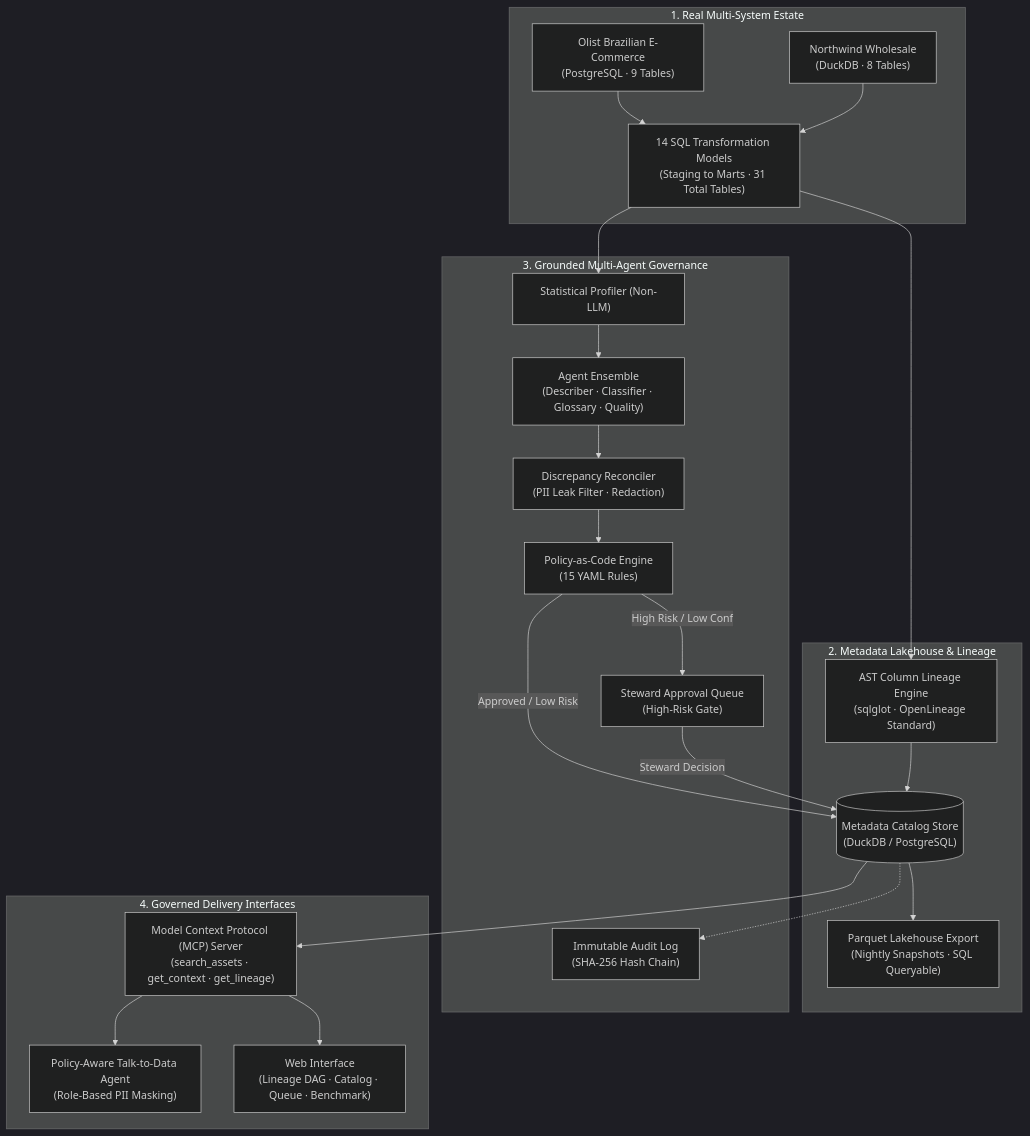
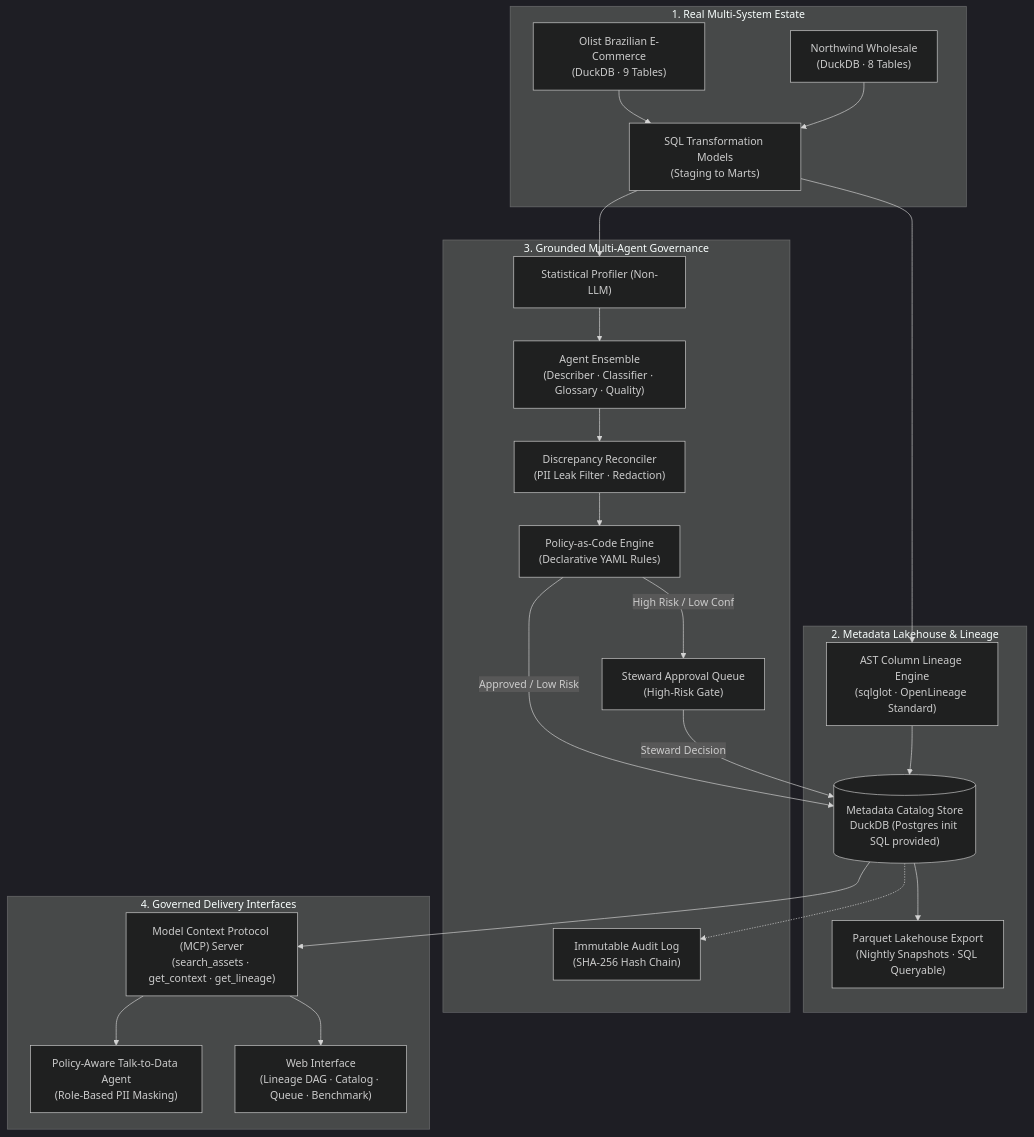
Before and after one commit to Susil-commits/CForge: the second of 2 diagrams in README.md, drawn with Mermaid (dark theme). The commit also changed other lines of this file and 3 other files, not shown here.

````diff
--- a/README.md
+++ b/README.md
@@ -122,47 +116,47 @@
 ```mermaid
 flowchart TB
     subgraph S1 ["1. Real Multi-System Estate"]
-        Olist["Olist Brazilian E-Commerce<br/>(PostgreSQL · 9 Tables)"]
+        Olist["Olist Brazilian E-Commerce<br/>(DuckDB · 9 Tables)"]
         Northwind["Northwind Wholesale<br/>(DuckDB · 8 Tables)"]
-        Transform["14 SQL Transformation Models<br/>(Staging to Marts · 31 Total Tables)"]
+        Transform["SQL Transformation Models<br/>(Staging to Marts)"]
         Olist --> Transform
         Northwind --> Transform
     end
 
     subgraph S2 ["2. Metadata Lakehouse & Lineage"]
-        Store[("Metadata Catalog Store<br/>(DuckDB / PostgreSQL)")]
+        Store[("Metadata Catalog Store<br/>DuckDB (Postgres init SQL provided)")]
         Parser["AST Column Lineage Engine<br/>(sqlglot · OpenLineage Standard)"]
         Lakehouse["Parquet Lakehouse Export<br/>(Nightly Snapshots · SQL Queryable)"]
         Transform --> Parser
         Parser --> Store
         Store --> Lakehouse
     end
 
     subgraph S3 ["3. Grounded Multi-Agent Governance"]
         Profiler["Statistical Profiler (Non-LLM)"]
         Agents["Agent Ensemble<br/>(Describer · Classifier · Glossary · Quality)"]
         Reconciler["Discrepancy Reconciler<br/>(PII Leak Filter · Redaction)"]
-        PolicyEngine["Policy-as-Code Engine<br/>(15 YAML Rules)"]
+        PolicyEngine["Policy-as-Code Engine<br/>(Declarative YAML Rules)"]
         Queue["Steward Approval Queue<br/>(High-Risk Gate)"]
         Audit["Immutable Audit Log<br/>(SHA-256 Hash Chain)"]
 
         Transform --> Profiler
         Profiler --> Agents
         Agents --> Reconciler
         Reconciler --> PolicyEngine
         PolicyEngine -->|Approved / Low Risk| Store
         PolicyEngine -->|High Risk / Low Conf| Queue
         Queue -->|Steward Decision| Store
         Store -.-> Audit
     end
 
     subgraph S4 ["4. Governed Delivery Interfaces"]
         MCPServer["Model Context Protocol (MCP) Server<br/>(search_assets · get_context · get_lineage)"]
         Agent["Policy-Aware Talk-to-Data Agent<br/>(Role-Based PII Masking)"]
         UI["Web Interface<br/>(Lineage DAG · Catalog · Queue · Benchmark)"]
 
         Store --> MCPServer
         MCPServer --> Agent
         MCPServer --> UI
     end
 ```
````
